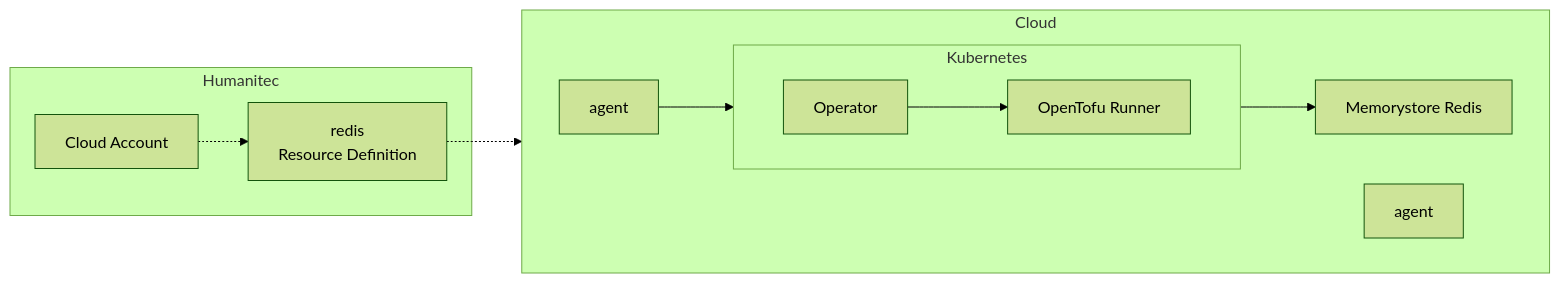
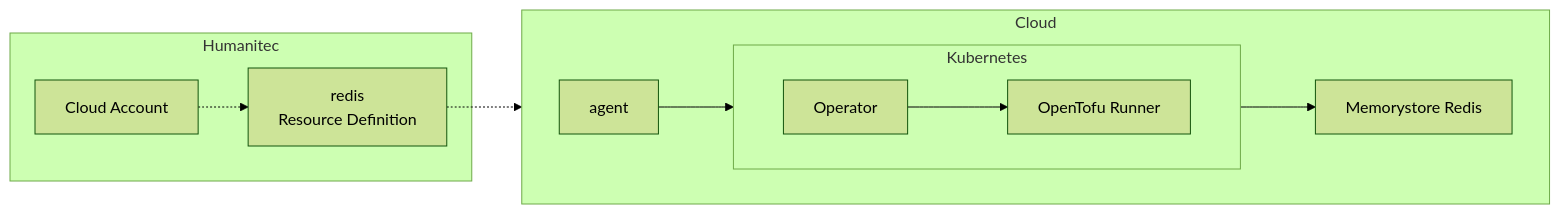
The diagram in opentofu.md (Humanitec-DemoOrg/humanitec-workshop), drawn with Mermaid (forest theme) before and after one commit.

````diff
--- a/opentofu.md
+++ b/opentofu.md
@@ -15,17 +15,17 @@
 ```mermaid
 flowchart LR
   direction LR
   subgraph Humanitec
     cloud-account[Cloud Account]-.->redis-res-def[redis<br/>Resource Definition]
   end
   subgraph Cloud
     direction LR
     agent-instance[agent]
     subgraph Kubernetes
       direction LR
       operator[Operator]-->tf-runner[OpenTofu Runner]
     end
-    redis-res-def-.->agent-->operator
+    redis-res-def-.->agent-instance-->operator
     tf-runner-->redis[Memorystore Redis]
   end
 ```
````
